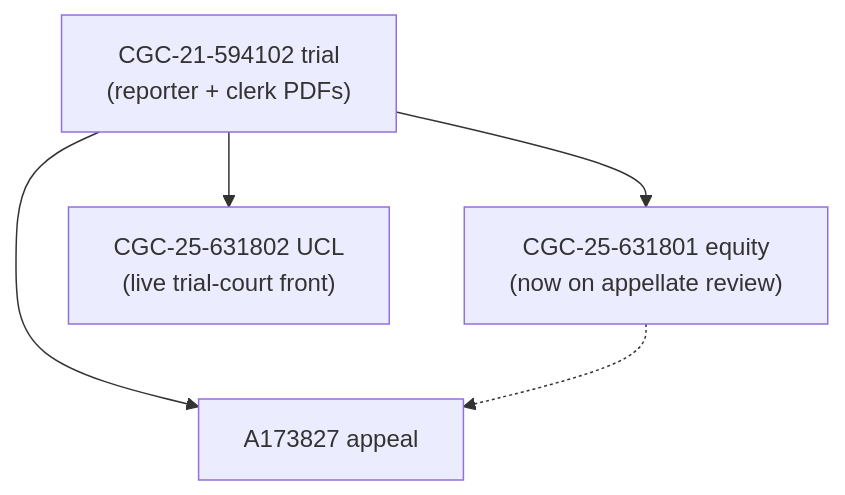
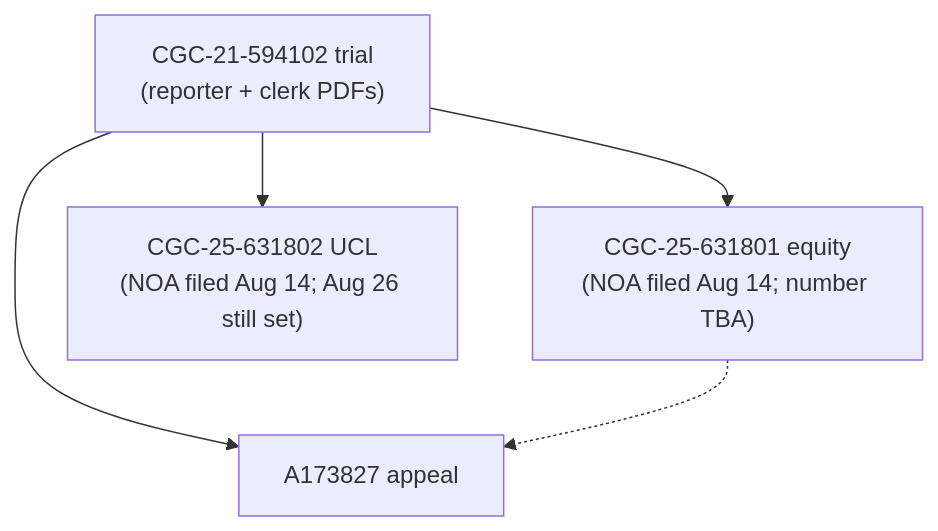
One commit to Municipal-Public-Trust-in-A-i/CSAA-ABDELHALIM-WONG-PSA-CSK changed the second of 3 diagrams in README.md. Above: the diagram before and after it, drawn with Mermaid. The commit also changed other lines of this file and 120 other files, not shown here.

````diff
--- a/README.md
+++ b/README.md
@@ -378,11 +414,11 @@
 ```mermaid
 flowchart TB
   TR["CGC-21-594102 trial<br/>(reporter + clerk PDFs)"]
   AP["A173827 appeal"]
-  EQ["CGC-25-631801 equity<br/>(now on appellate review)"]
-  UC["CGC-25-631802 UCL<br/>(live trial-court front)"]
+  EQ["CGC-25-631801 equity<br/>(NOA filed Aug 14; number TBA)"]
+  UC["CGC-25-631802 UCL<br/>(NOA filed Aug 14; Aug 26 still set)"]
   TR --> AP
   TR --> EQ
   TR --> UC
   EQ -.-> AP
 ```
````
